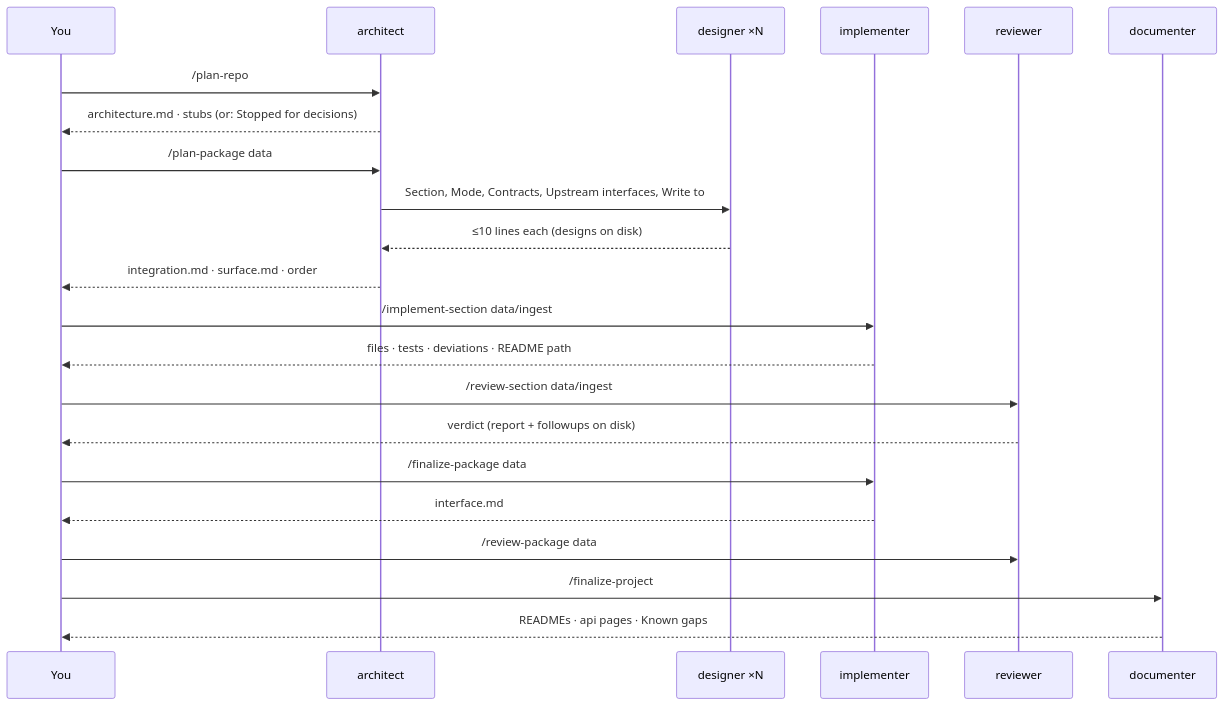
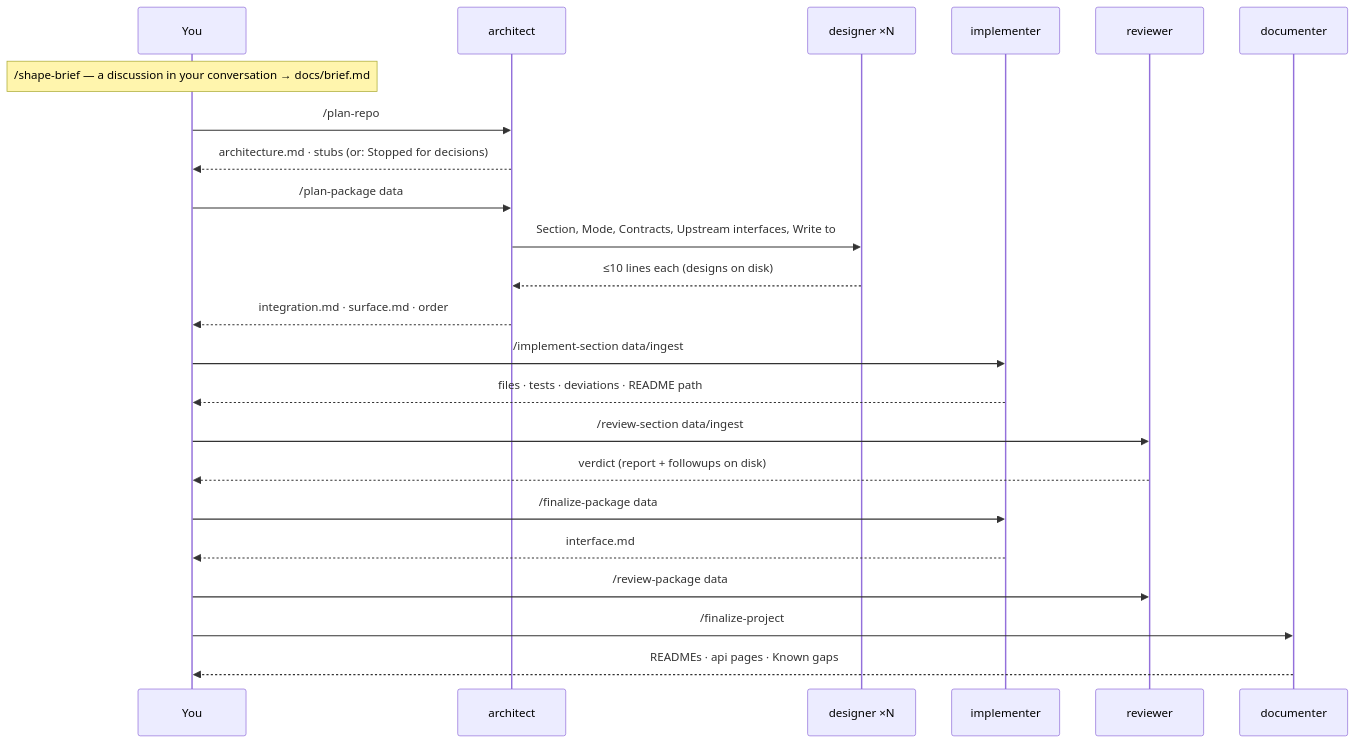
One commit to cott435/cott-plugins changed the third of 3 diagrams in dev-team/site/flow.md. Above: the diagram before and after it, drawn with Mermaid. The commit also changed other lines of this file and 27 other files, not shown here.

Commit message:
dev-team 0.2.0: shape-brief, plan-repo revise mode, covers column; plugin-dev 0.2.0: builder classifies inline skills as workflow steps

````diff
--- a/dev-team/site/flow.md
+++ b/dev-team/site/flow.md
@@ -68,24 +71,25 @@
 ```mermaid
 sequenceDiagram
   participant You
   participant Arch as architect
   participant Des as designer ×N
   participant Impl as implementer
   participant Rev as reviewer
   participant Doc as documenter
+  Note over You: /shape-brief — a discussion in your conversation → docs/brief.md
   You->>Arch: /plan-repo
   Arch-->>You: architecture.md · stubs (or: Stopped for decisions)
   You->>Arch: /plan-package data
   Arch->>Des: Section, Mode, Contracts, Upstream interfaces, Write to
   Des-->>Arch: ≤10 lines each (designs on disk)
   Arch-->>You: integration.md · surface.md · order
   You->>Impl: /implement-section data/ingest
   Impl-->>You: files · tests · deviations · README path
   You->>Rev: /review-section data/ingest
   Rev-->>You: verdict (report + followups on disk)
   You->>Impl: /finalize-package data
   Impl-->>You: interface.md
   You->>Rev: /review-package data
   You->>Doc: /finalize-project
   Doc-->>You: READMEs · api pages · Known gaps
 ```
````
